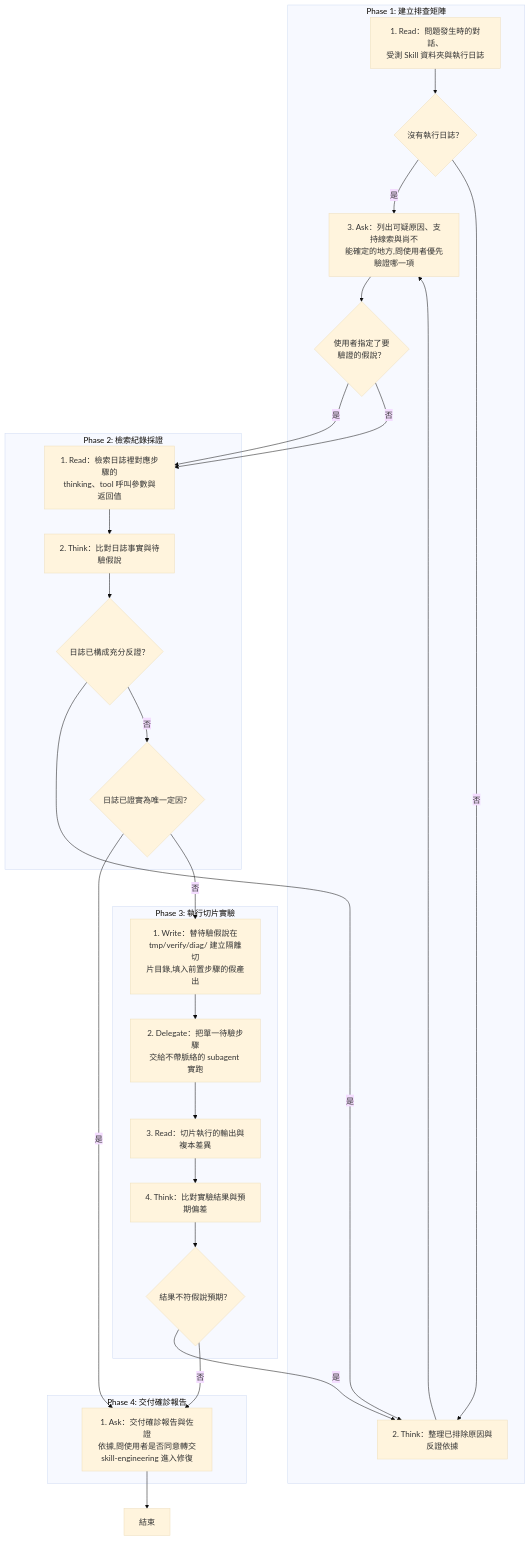
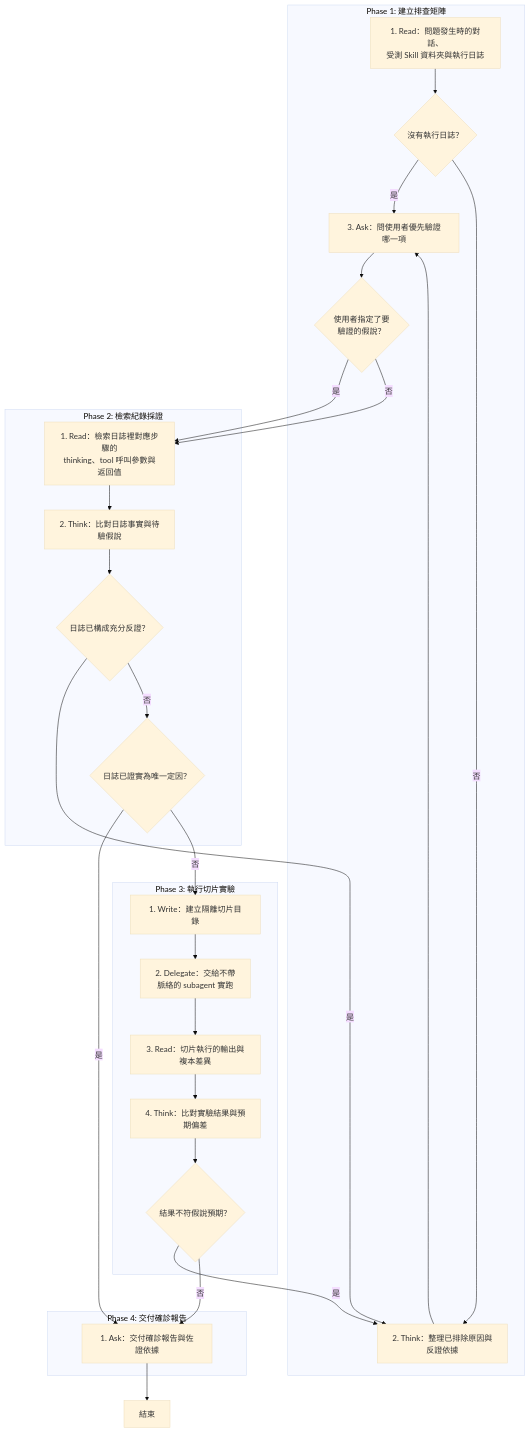
Before and after one commit to AI-x-BDD/BDGG-Dev-Skills: the diagram in .claude/skills/skill-diagnose/SKILL.md, drawn with Mermaid (base theme). The commit also changed other lines of this file and 31 other files, not shown here.

````diff
--- a/.claude/skills/skill-diagnose/SKILL.md
+++ b/.claude/skills/skill-diagnose/SKILL.md
@@ -29,47 +29,47 @@
 ```mermaid
 flowchart TD
     subgraph P1["Phase 1: 建立排查矩陣"]
         P1S1["1. Read：問題發生時的對話、<br/>受測 Skill 資料夾與執行日誌"]
         G_P1S1_1{"沒有執行日誌？"}
         P1S2["2. Think：整理已排除原因與反證依據"]
-        P1S3["3. Ask：列出可疑原因、支持線索與尚不<br/>能確定的地方,問使用者優先驗證哪一項"]
+        P1S3["3. Ask：問使用者優先驗證哪一項"]
         G_P1S3_1{"使用者指定了要<br/>驗證的假說？"}
     end
     subgraph P2["Phase 2: 檢索紀錄採證"]
         P2S1["1. Read：檢索日誌裡對應步驟的<br/>thinking、tool 呼叫參數與返回值"]
         P2S2["2. Think：比對日誌事實與待驗假說"]
         G_P2S2_1{"日誌已構成充分反證？"}
         G_P2S2_2{"日誌已證實為唯一定因？"}
     end
     subgraph P3["Phase 3: 執行切片實驗"]
-        P3S1["1. Write：替待驗假說在<br/>tmp/verify/diag/ 建立隔離切<br/>片目錄,填入前置步驟的假產出"]
-        P3S2["2. Delegate：把單一待驗步驟<br/>交給不帶脈絡的 subagent 實跑"]
+        P3S1["1. Write：建立隔離切片目錄"]
+        P3S2["2. Delegate：交給不帶<br/>脈絡的 subagent 實跑"]
         P3S3["3. Read：切片執行的輸出與複本差異"]
         P3S4["4. Think：比對實驗結果與預期偏差"]
         G_P3S4_1{"結果不符假說預期？"}
     end
     subgraph P4["Phase 4: 交付確診報告"]
-        P4S1["1. Ask：交付確診報告與佐證<br/>依據,問使用者是否同意轉交<br/>skill-engineering 進入修復"]
+        P4S1["1. Ask：交付確診報告與佐證依據"]
     end
     End["結束"]
     P1S1 --> G_P1S1_1
     G_P1S1_1 -->|是| P1S3
     G_P1S1_1 -->|否| P1S2
     P1S2 --> P1S3
     P1S3 --> G_P1S3_1
     G_P1S3_1 -->|是| P2S1
     G_P1S3_1 -->|否| P2S1
     P2S1 --> P2S2
     P2S2 --> G_P2S2_1
     G_P2S2_1 -->|是| P1S2
     G_P2S2_1 -->|否| G_P2S2_2
     G_P2S2_2 -->|是| P4S1
     G_P2S2_2 -->|否| P3S1
     P3S1 --> P3S2
     P3S2 --> P3S3
     P3S3 --> P3S4
     P3S4 --> G_P3S4_1
     G_P3S4_1 -->|是| P1S2
     G_P3S4_1 -->|否| P4S1
     P4S1 --> End
 ```
````
